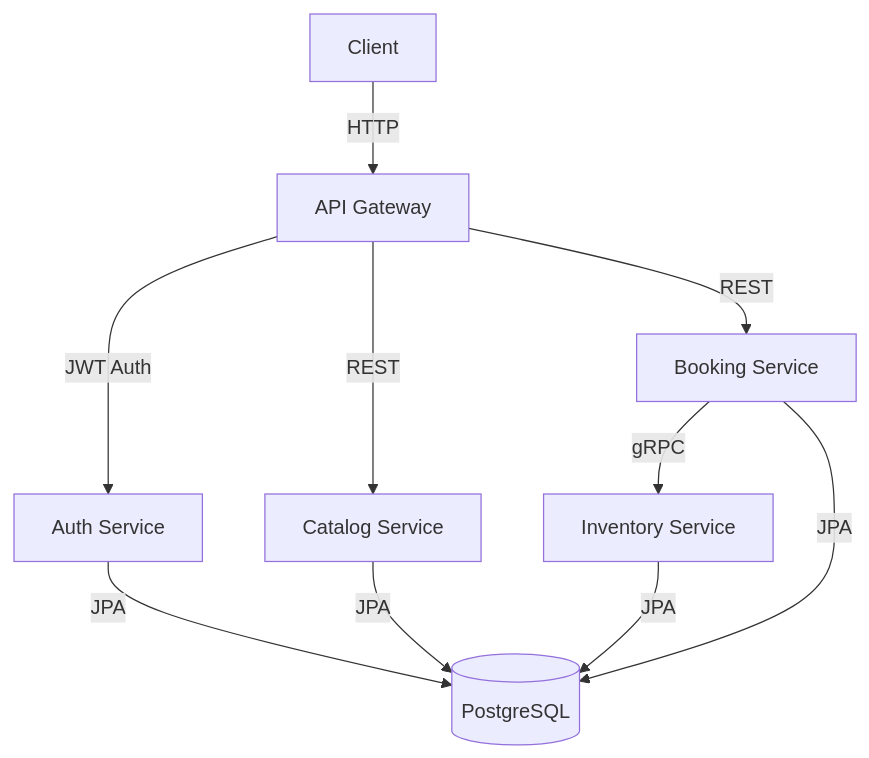
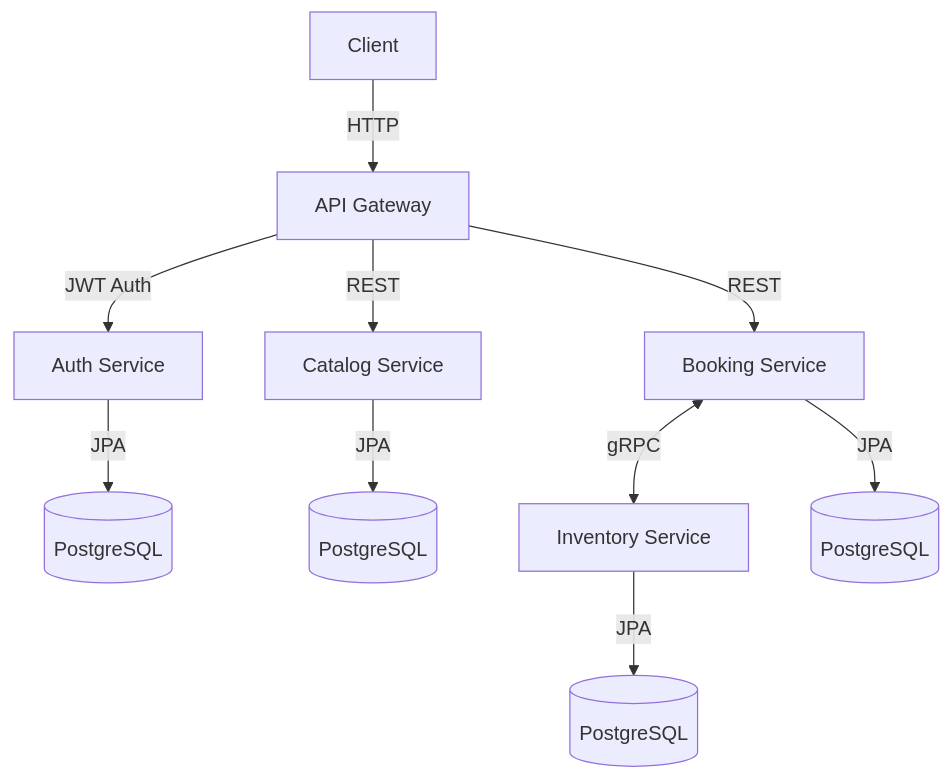
Before and after one commit to carpodok/microservices-based-ticketing-platform: the diagram in README.md, drawn with Mermaid. The commit also changed other lines of this file, not shown here.

````diff
--- a/README.md
+++ b/README.md
@@ -7,12 +7,12 @@
 ```mermaid
 graph TD
     Client -->|HTTP| Gateway[API Gateway]
     Gateway -->|JWT Auth| Auth[Auth Service]
     Gateway -->|REST| Catalog[Catalog Service]
     Gateway -->|REST| Booking[Booking Service]
-    Booking -->|gRPC| Inventory[Inventory Service]
-    Auth -->|JPA| Postgres[(PostgreSQL)]
-    Catalog -->|JPA| Postgres
-    Inventory -->|JPA| Postgres
-    Booking -->|JPA| Postgres
+    Booking <-->|gRPC| Inventory[Inventory Service]
+    Auth -->|JPA| AuthDB[(PostgreSQL)]
+    Catalog -->|JPA| CatalogDB[(PostgreSQL)]
+    Inventory -->|JPA| InventoryDB[(PostgreSQL)]
+    Booking -->|JPA| BookingDB[(PostgreSQL)]
 ```
````
